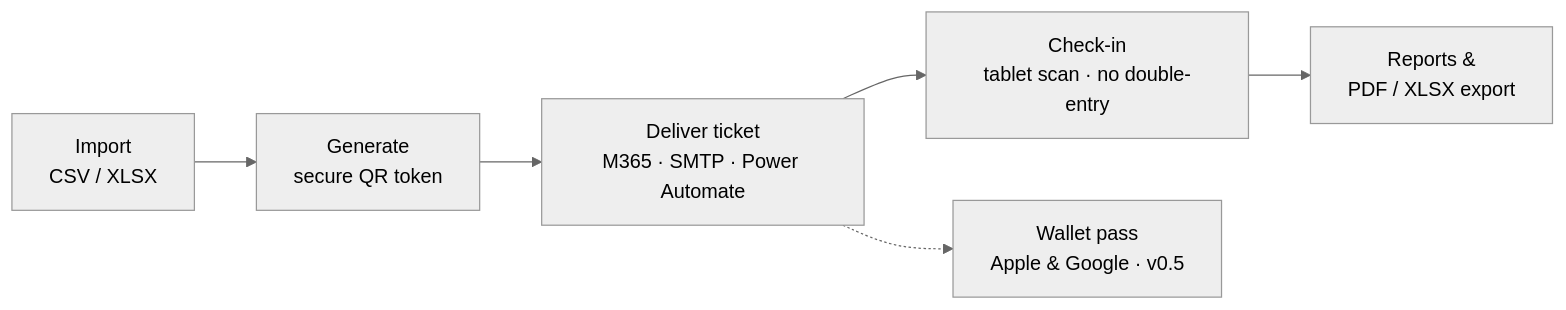
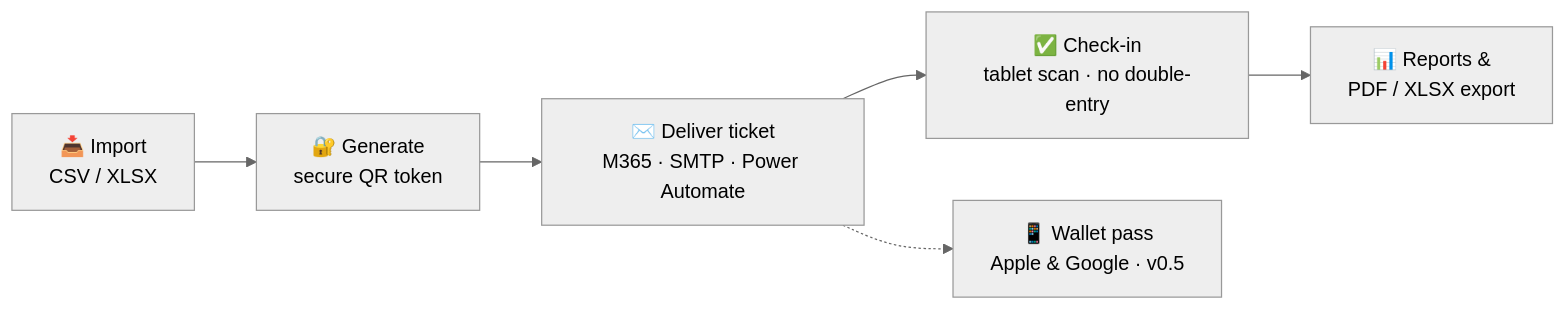
The diagram in README.md (solarssk/admitto), drawn with Mermaid (neutral theme) before and after one commit. The commit also changed other lines of this file and 17 other files, not shown here.

````diff
--- a/README.md
+++ b/README.md
@@ -51,8 +54,8 @@
 ```mermaid
 flowchart LR
-    A["Import\nCSV / XLSX"] --> B["Generate\nsecure QR token"]
-    B --> C["Deliver ticket\nM365 · SMTP · Power Automate"]
-    C --> E["Check-in\ntablet scan · no double-entry"]
-    E --> F["Reports &\nPDF / XLSX export"]
-    C -.-> D["Wallet pass\nApple & Google · v0.5"]
+    A["📥 Import\nCSV / XLSX"] --> B["🔐 Generate\nsecure QR token"]
+    B --> C["✉️ Deliver ticket\nM365 · SMTP · Power Automate"]
+    C --> E["✅ Check-in\ntablet scan · no double-entry"]
+    E --> F["📊 Reports &\nPDF / XLSX export"]
+    C -.-> D["📱 Wallet pass\nApple & Google · v0.5"]
 ```
````
